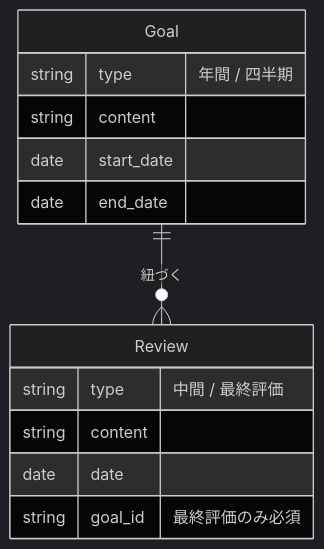
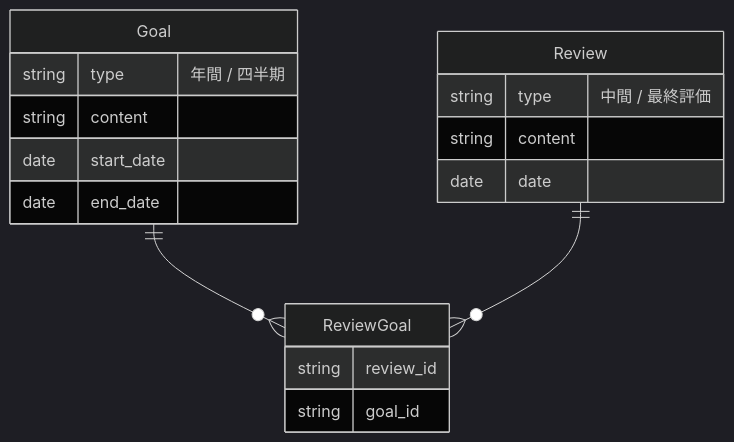
The fourth of 4 diagrams in docs/adr/0003-review-classification.md (TokiyaHorikawa/loopback), drawn with Mermaid (dark theme) before and after one commit. The commit also changed other lines of this file and 4 other files, not shown here.

````diff
--- a/docs/adr/0003-review-classification.md
+++ b/docs/adr/0003-review-classification.md
@@ -168,16 +178,20 @@
 ```mermaid
 erDiagram
     Goal {
         string type "年間 / 四半期"
         string content
         date start_date
         date end_date
     }
     Review {
         string type "中間 / 最終評価"
         string content
         date date
-        string goal_id "最終評価のみ必須"
     }
-    Goal ||--o{ Review : "紐づく"
+    ReviewGoal {
+        string review_id
+        string goal_id
+    }
+    Goal ||--o{ ReviewGoal : ""
+    Review ||--o{ ReviewGoal : ""
 ```
````
